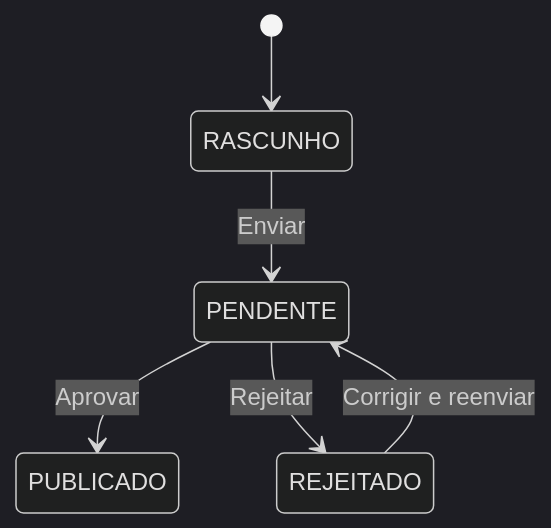
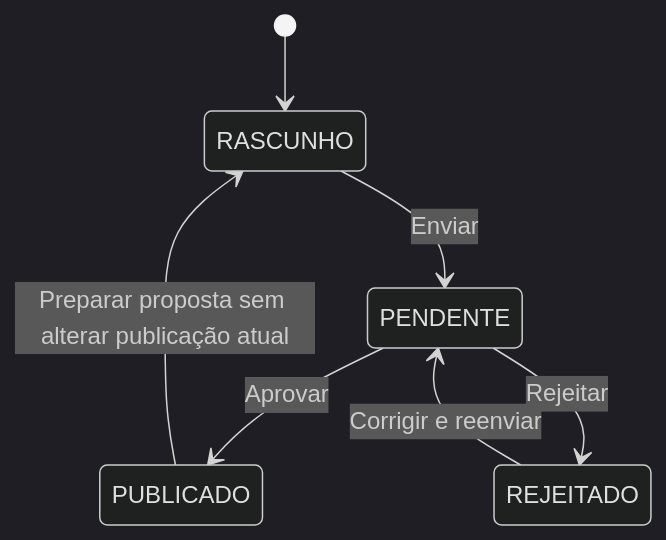
Before and after one commit to Heitor-Santiago0/RoleOut-Mobile: the diagram in docs/funcionalidades.md, drawn with Mermaid (dark theme). The commit also changed other lines of this file and 203 other files, not shown here.

````diff
--- a/docs/funcionalidades.md
+++ b/docs/funcionalidades.md
@@ -115,8 +192,9 @@
 ```mermaid
 stateDiagram-v2
     [*] --> RASCUNHO
     RASCUNHO --> PENDENTE: Enviar
     PENDENTE --> PUBLICADO: Aprovar
+    PUBLICADO --> RASCUNHO: Preparar proposta sem alterar publicação atual
     PENDENTE --> REJEITADO: Rejeitar
     REJEITADO --> PENDENTE: Corrigir e reenviar
 ```
````
